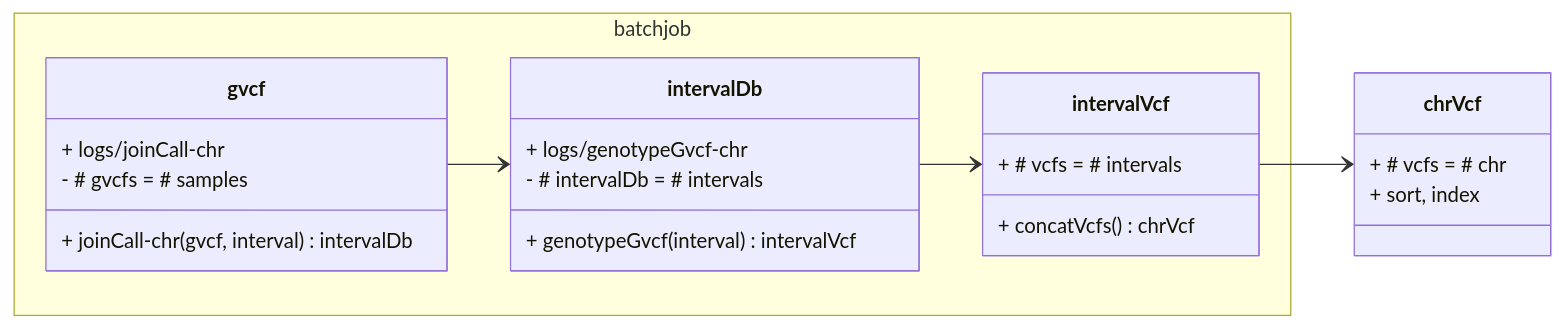
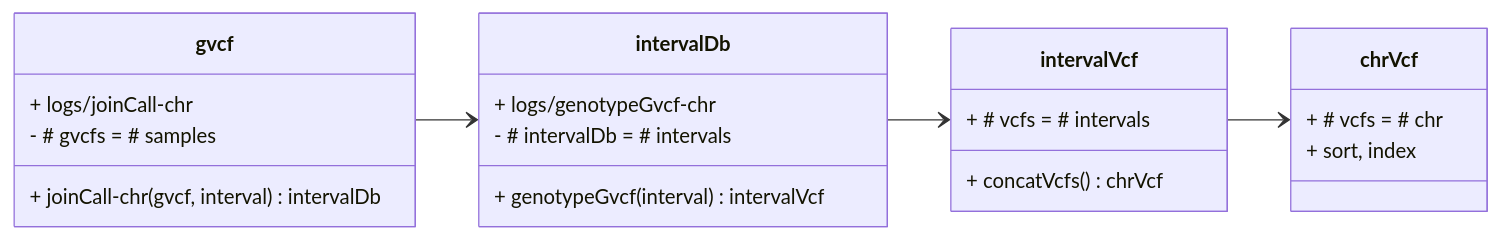
The diagram in README.md (thehung92/joincall), drawn with Mermaid before and after one commit.

Commit message:
add mermaid graph

````diff
--- a/README.md
+++ b/README.md
@@ -3,38 +3,33 @@
 ```mermaid
 classDiagram
     direction LR
 
     class gvcf{
         + logs/joinCall-chr
         - # gvcfs = # samples
         + joinCall-chr(gvcf, interval) intervalDb
     }
 
     gvcf --> intervalDb
 
     class intervalDb{
         + logs/genotypeGvcf-chr
         - # intervalDb = # intervals
         + genotypeGvcf(interval) intervalVcf
     }
 
     intervalDb --> intervalVcf
 
     class intervalVcf{
         + # vcfs = # intervals
         + concatVcfs() chrVcf
     }
 
     intervalVcf --> chrVcf
 
     class chrVcf{
         + # vcfs = # chr
         + sort, index
     }
 
-    namespace batchjob {
-        class gvcf
-        class intervalDb
-        class intervalVcf
-    }
 ```
````
